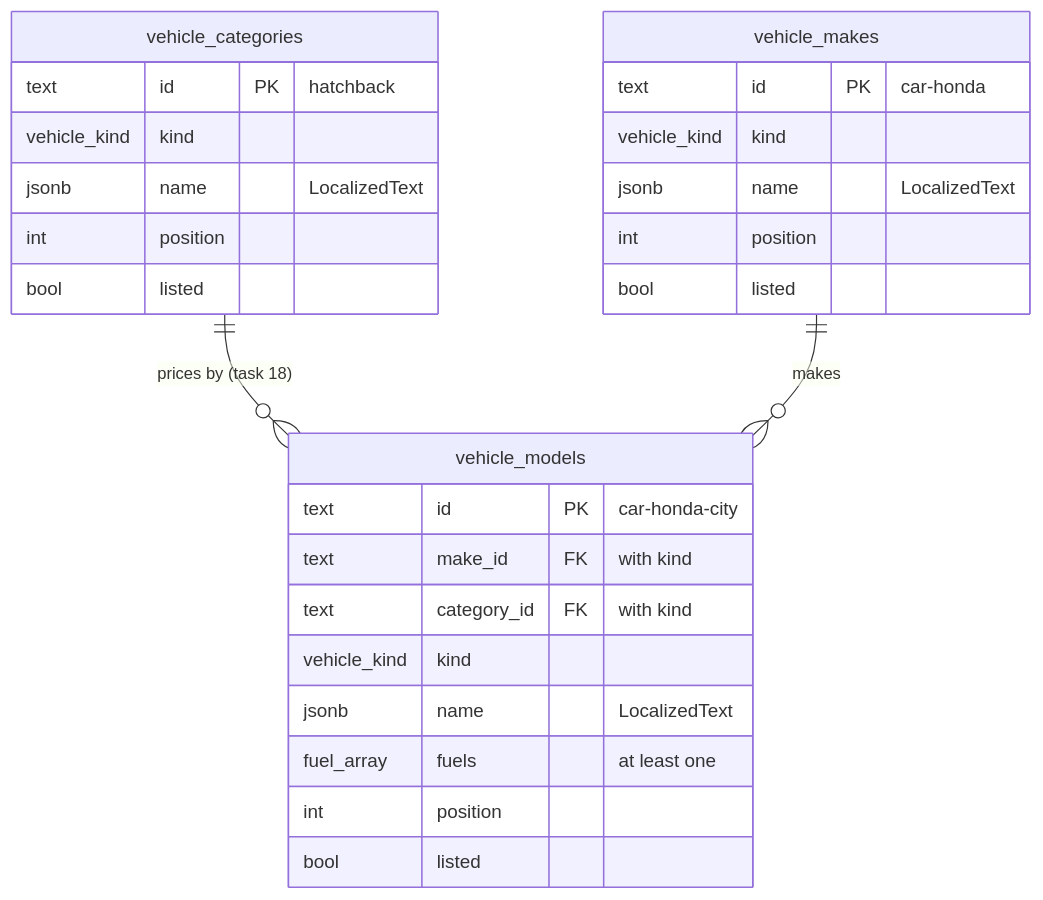
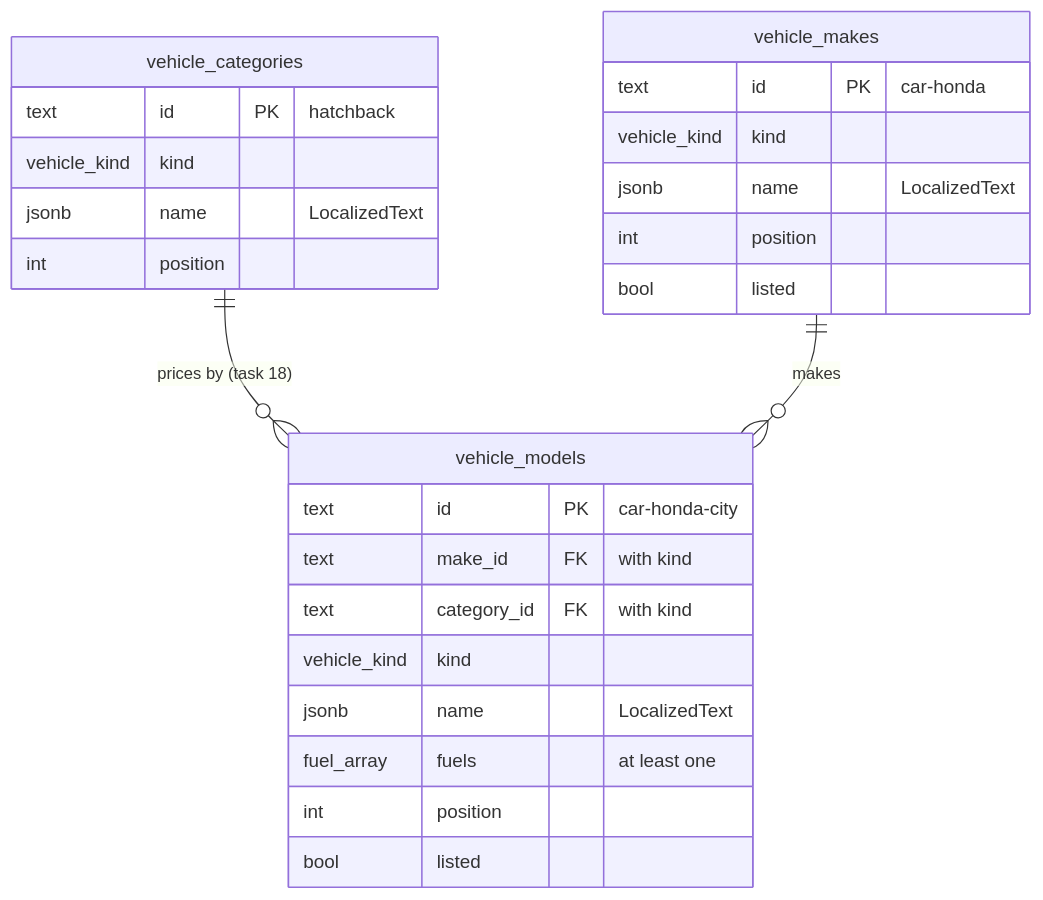
One commit to AkshayChavhan/go-mechanic changed the first of 2 diagrams in document/plans/2026-10-28-1802-feat-vehicle-catalogue-plan.md. Above: the diagram before and after it, drawn with Mermaid. The commit also changed other lines of this file, not shown here.

First line of the commit message:
docs(17): the plan says price groups have no listed flag

````diff
--- a/document/plans/2026-10-28-1802-feat-vehicle-catalogue-plan.md
+++ b/document/plans/2026-10-28-1802-feat-vehicle-catalogue-plan.md
@@ -160,29 +160,28 @@
 ```mermaid
 erDiagram
   vehicle_categories ||--o{ vehicle_models : "prices by (task 18)"
   vehicle_makes ||--o{ vehicle_models : makes
   vehicle_categories {
     text id PK "hatchback"
     vehicle_kind kind
     jsonb name "LocalizedText"
     int position
-    bool listed
   }
   vehicle_makes {
     text id PK "car-honda"
     vehicle_kind kind
     jsonb name "LocalizedText"
     int position
     bool listed
   }
   vehicle_models {
     text id PK "car-honda-city"
     text make_id FK "with kind"
     text category_id FK "with kind"
     vehicle_kind kind
     jsonb name "LocalizedText"
     fuel_array fuels "at least one"
     int position
     bool listed
   }
 ```
````
